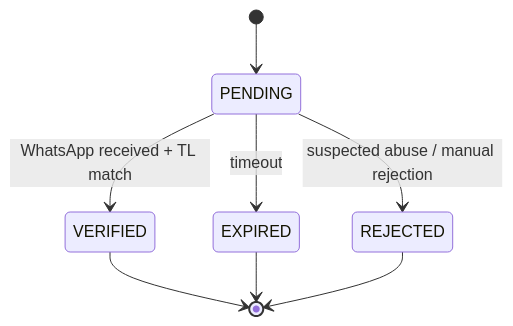
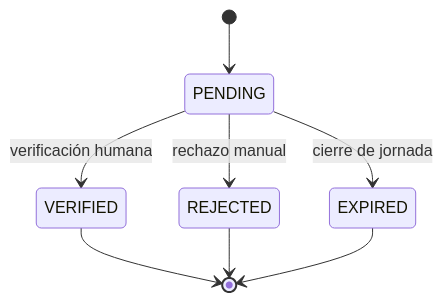
The fourth of 11 diagrams in docs/product/TL-HIGH-LEVEL-WORKFLOWS.md (sjo1848/taco-loco), drawn with Mermaid before and after one commit. The commit also changed other lines of this file, not shown here.

Commit message:
docs: close Taco Loco order-flow HLD human review

````diff
--- a/docs/product/TL-HIGH-LEVEL-WORKFLOWS.md
+++ b/docs/product/TL-HIGH-LEVEL-WORKFLOWS.md
@@ -198,10 +184,10 @@
 ```mermaid
 stateDiagram-v2
     [*] --> PENDING
-    PENDING --> VERIFIED: WhatsApp received + TL match
-    PENDING --> EXPIRED: timeout
-    PENDING --> REJECTED: suspected abuse / manual rejection
+    PENDING --> VERIFIED: verificación humana
+    PENDING --> REJECTED: rechazo manual
+    PENDING --> EXPIRED: cierre de jornada
     VERIFIED --> [*]
+    REJECTED --> [*]
     EXPIRED --> [*]
-    REJECTED --> [*]
 ```
````
